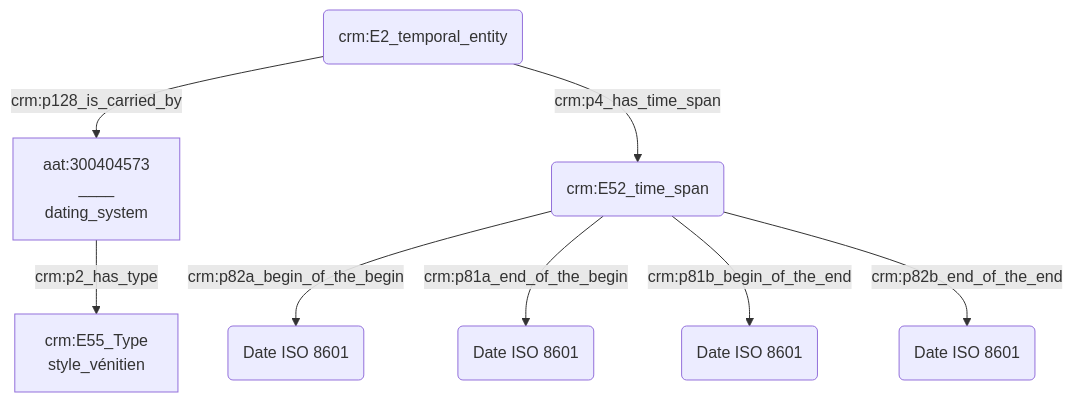
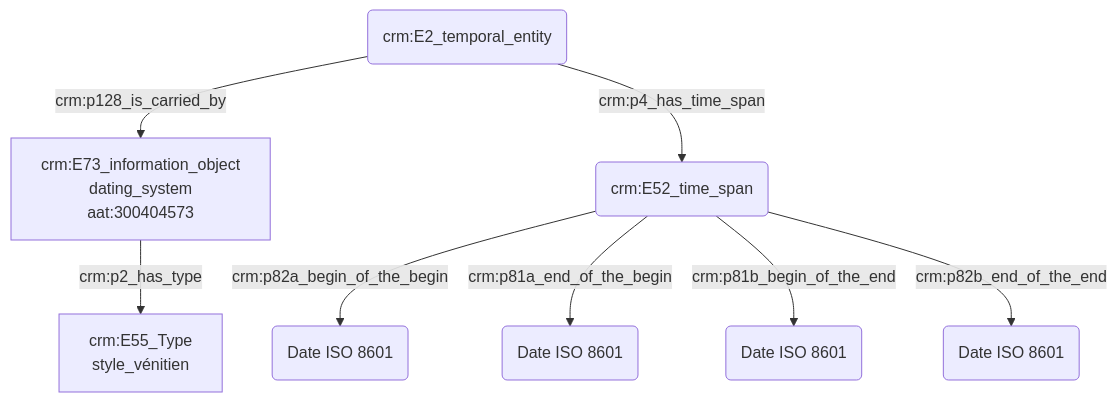
Before and after one commit to Amleth/consortium-musica2-gt2-ontologies: the diagram in modules/livrables/Dossier 2/Datation/expression d'une date initialement présentée dans un autre référentiel calendaire.md, drawn with Mermaid.

Commit message:
Update expression d'une date initialement présentée dans un autre référentiel calendaire.md

````diff
--- a/modules/livrables/Dossier 2/Datation/expression d'une date initialement présentée dans un autre référentiel calendaire.md
+++ b/modules/livrables/Dossier 2/Datation/expression d'une date initialement présentée dans un autre référentiel calendaire.md
@@ -11,11 +11,11 @@
 ```mermaid
 graph TD;
 
-A(crm:E2_temporal_entity) --> |crm:p128_is_carried_by| G[aat:300404573<br>E73_information_object<br>dating_system]
-G[aat:300404573<br>____<br>dating_system] --> |crm:p2_has_type| H[crm:E55_Type<br>style_vénitien]
+A(crm:E2_temporal_entity) --> |crm:p128_is_carried_by| G[crm:E73_information_object<br>dating_system<br>aat:300404573]
+G[crm:E73_information_object<br>dating_system<br>aat:300404573] --> |crm:p2_has_type| H[crm:E55_Type<br>style_vénitien]
 A(crm:E2_temporal_entity) --> |crm:p4_has_time_span| B(crm:E52_time_span)
 B(crm:E52_time_span) --> |crm:p82a_begin_of_the_begin| C("Date ISO 8601")
 B(crm:E52_time_span) --> |crm:p81a_end_of_the_begin| D("Date ISO 8601")
 B(crm:E52_time_span) --> |crm:p81b_begin_of_the_end| E("Date ISO 8601")
 B(crm:E52_time_span) --> |crm:p82b_end_of_the_end| F("Date ISO 8601")
 ```
````
